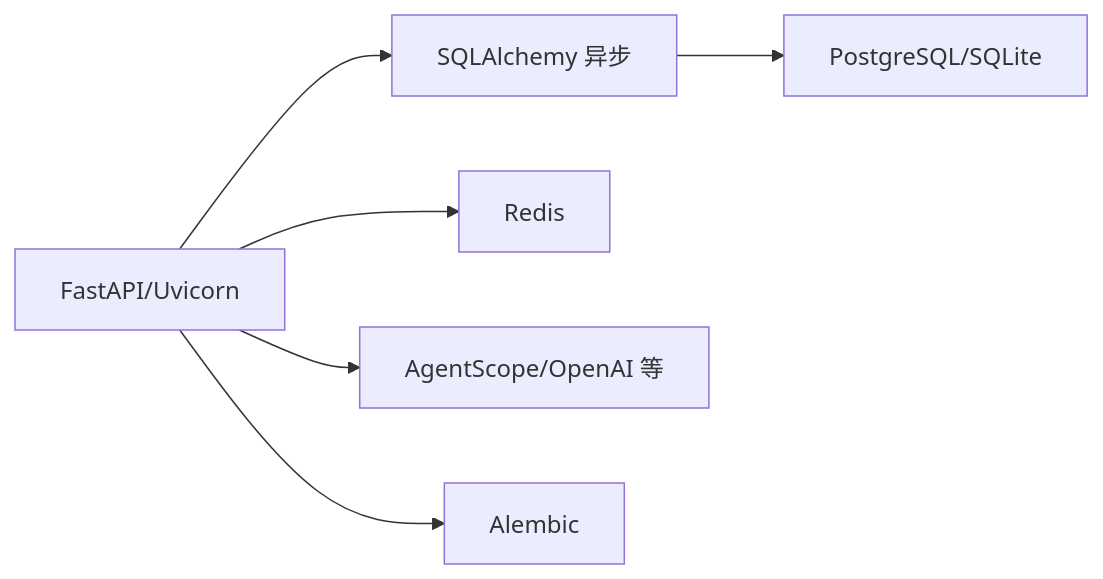
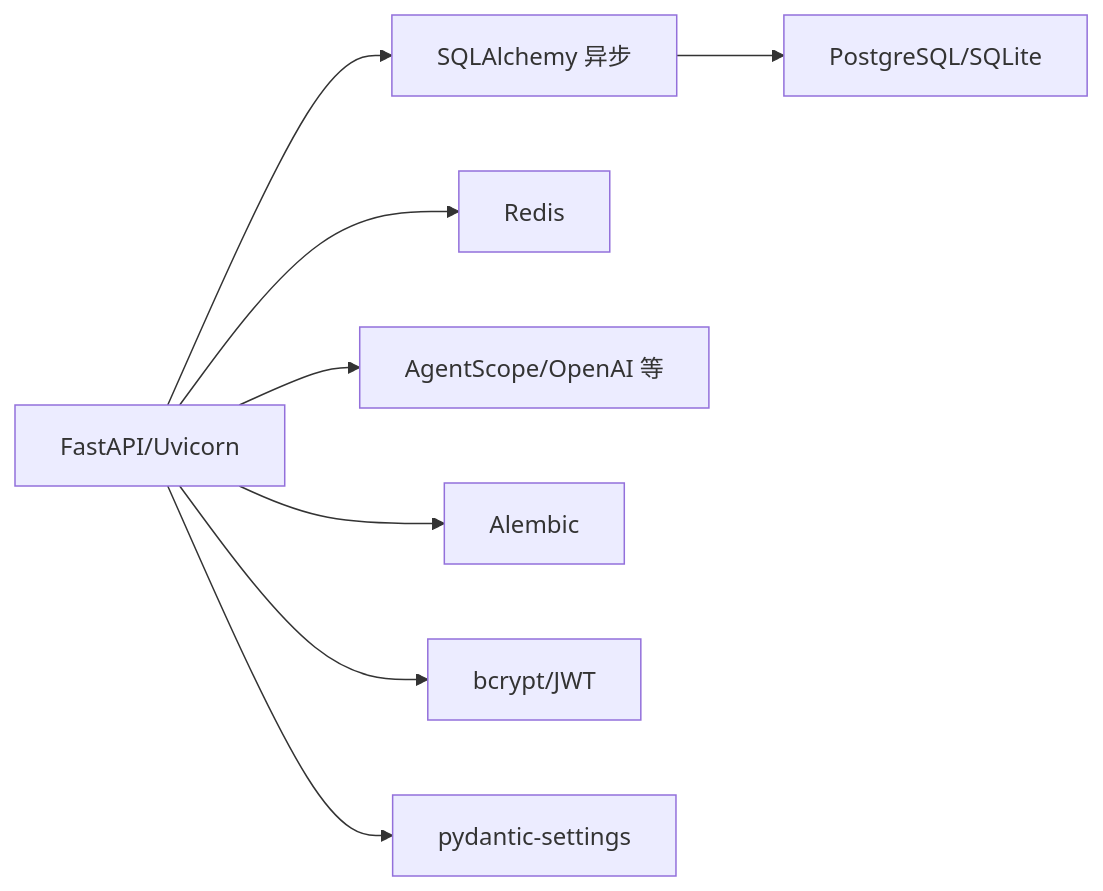
The seventh of 7 diagrams in .qoder/repowiki/zh/content/部署指南/部署指南.md (KunLabAI/KunFlix), drawn with Mermaid before and after one commit. The commit also changed other lines of this file and 25 other files, not shown here.

````diff
--- a/.qoder/repowiki/zh/content/部署指南/部署指南.md
+++ b/.qoder/repowiki/zh/content/部署指南/部署指南.md
@@ -266,8 +589,10 @@
 ```mermaid
 graph LR
 A["FastAPI/Uvicorn"] --> B["SQLAlchemy 异步"]
 B --> C["PostgreSQL/SQLite"]
 A --> D["Redis"]
 A --> E["AgentScope/OpenAI 等"]
 A --> F["Alembic"]
+A --> G["bcrypt/JWT"]
+A --> H["pydantic-settings"]
 ```
````
